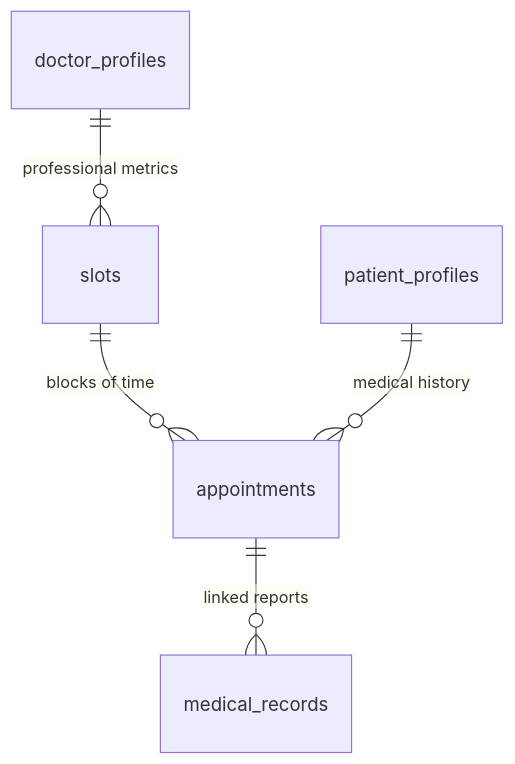
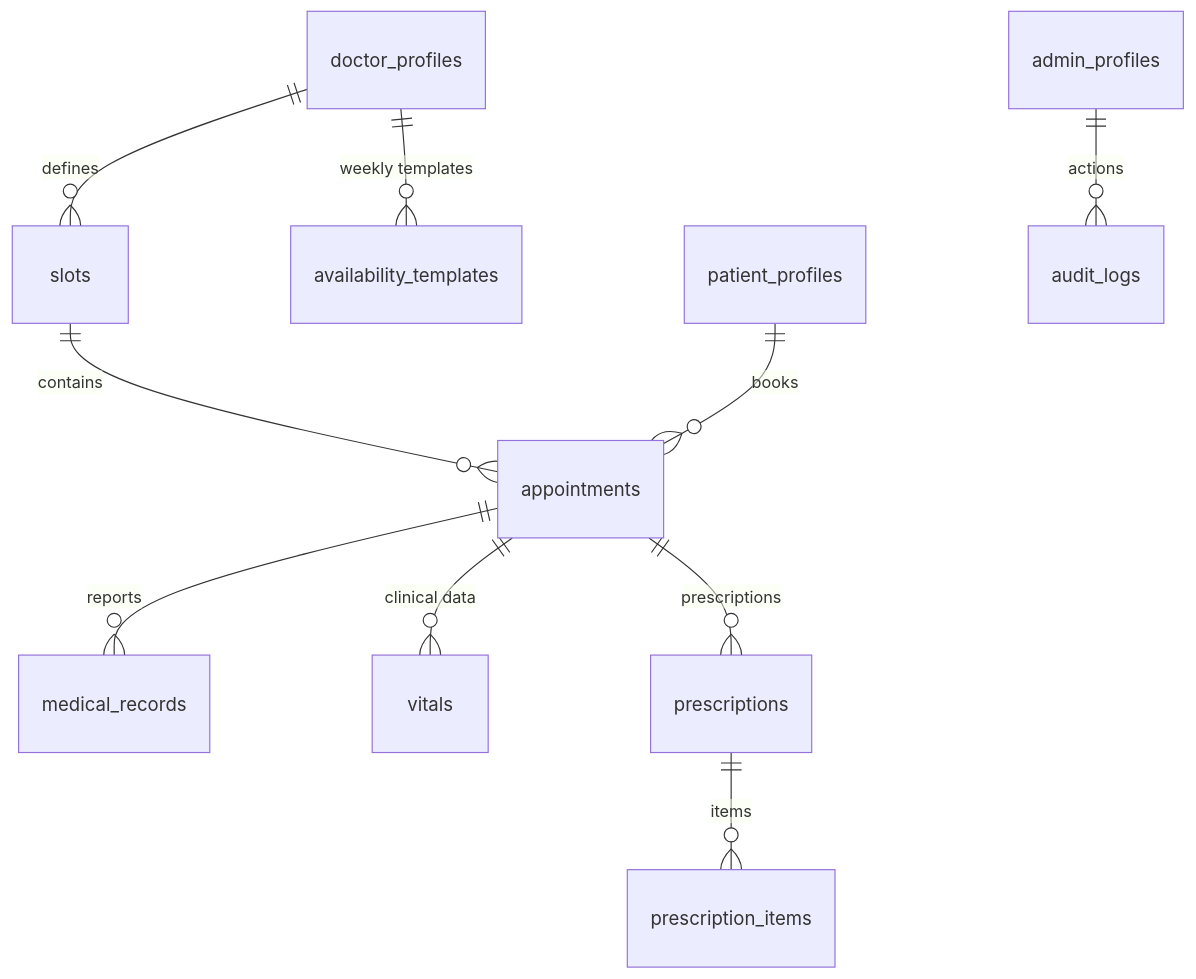
One commit to abhiyaligar/healthconnect changed the diagram in docs/ARCHITECTURE.md. Above: the diagram before and after it, drawn with Mermaid. The commit also changed other lines of this file and 6 other files, not shown here.

````diff
--- a/docs/ARCHITECTURE.md
+++ b/docs/ARCHITECTURE.md
@@ -23,7 +121,12 @@
 ```mermaid
 erDiagram
-    slots ||--o{ appointments : "blocks of time"
-    appointments ||--o{ medical_records : "linked reports"
-    doctor_profiles ||--o{ slots : "professional metrics"
-    patient_profiles ||--o{ appointments : "medical history"
+    doctor_profiles ||--o{ slots : "defines"
+    doctor_profiles ||--o{ availability_templates : "weekly templates"
+    slots ||--o{ appointments : "contains"
+    appointments ||--o{ medical_records : "reports"
+    appointments ||--o{ vitals : "clinical data"
+    appointments ||--o{ prescriptions : "prescriptions"
+    prescriptions ||--o{ prescription_items : "items"
+    patient_profiles ||--o{ appointments : "books"
+    admin_profiles ||--o{ audit_logs : "actions"
 ```
````
